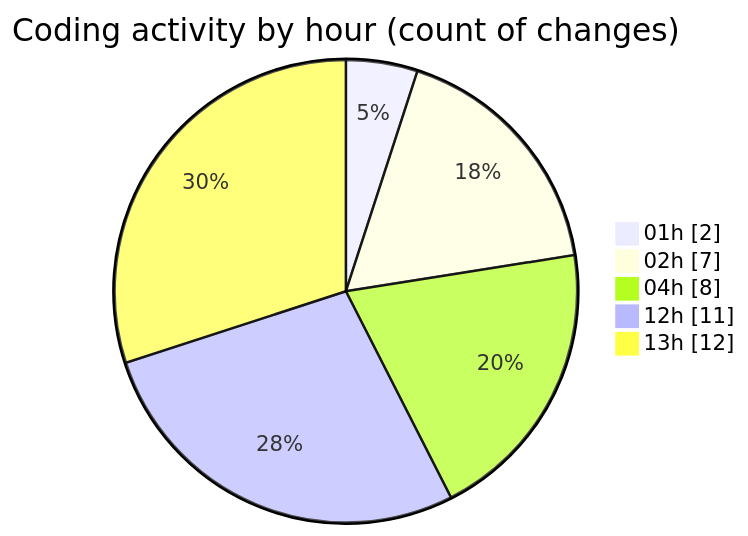
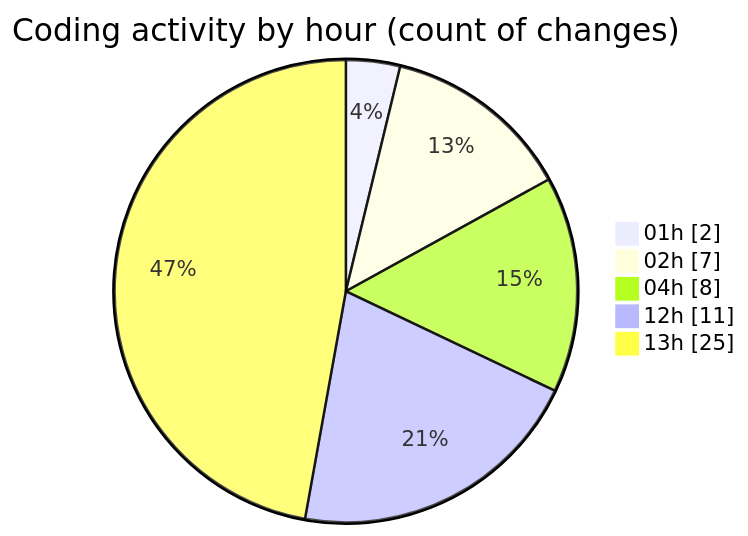
Before and after one commit to lephambinh05/code-tracking: the second of 2 diagrams in 2025-08-11/rentotp/README.md, drawn with Mermaid. The commit also changed other lines of this file and 1 other file, not shown here.

````diff
--- a/2025-08-11/rentotp/README.md
+++ b/2025-08-11/rentotp/README.md
@@ -39,9 +39,9 @@
 ```mermaid
 pie showData
 title Coding activity by hour (count of changes)
 "01h" : 2
 "02h" : 7
 "04h" : 8
 "12h" : 11
-"13h" : 12
+"13h" : 25
 ```
````
